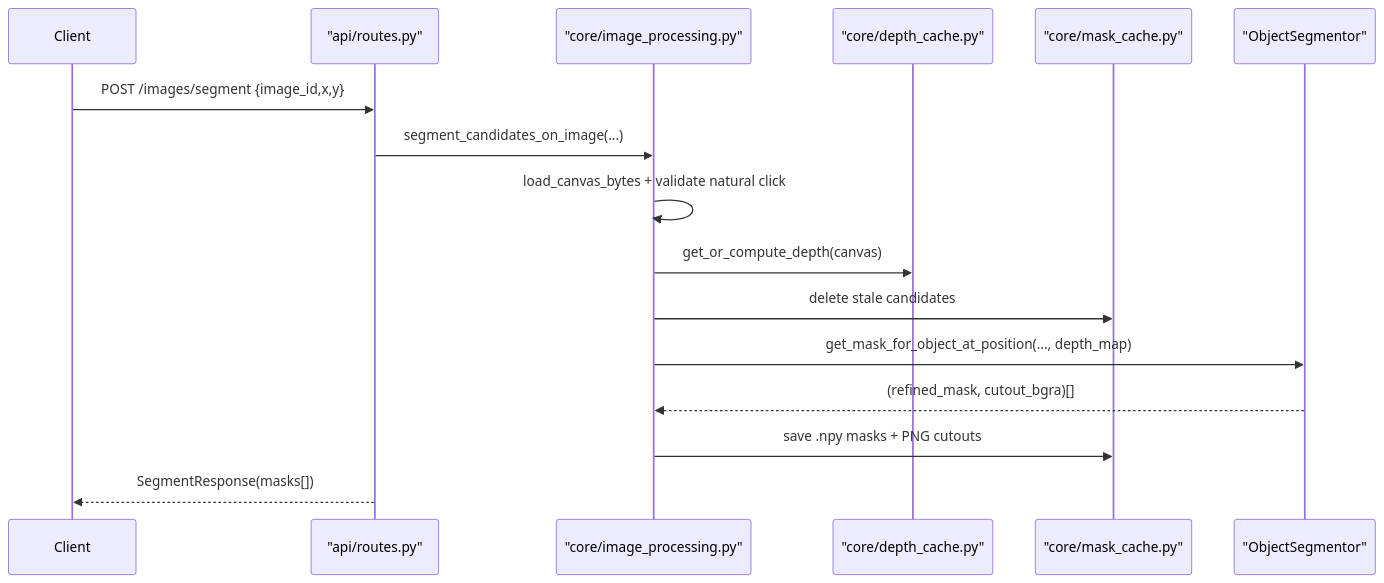
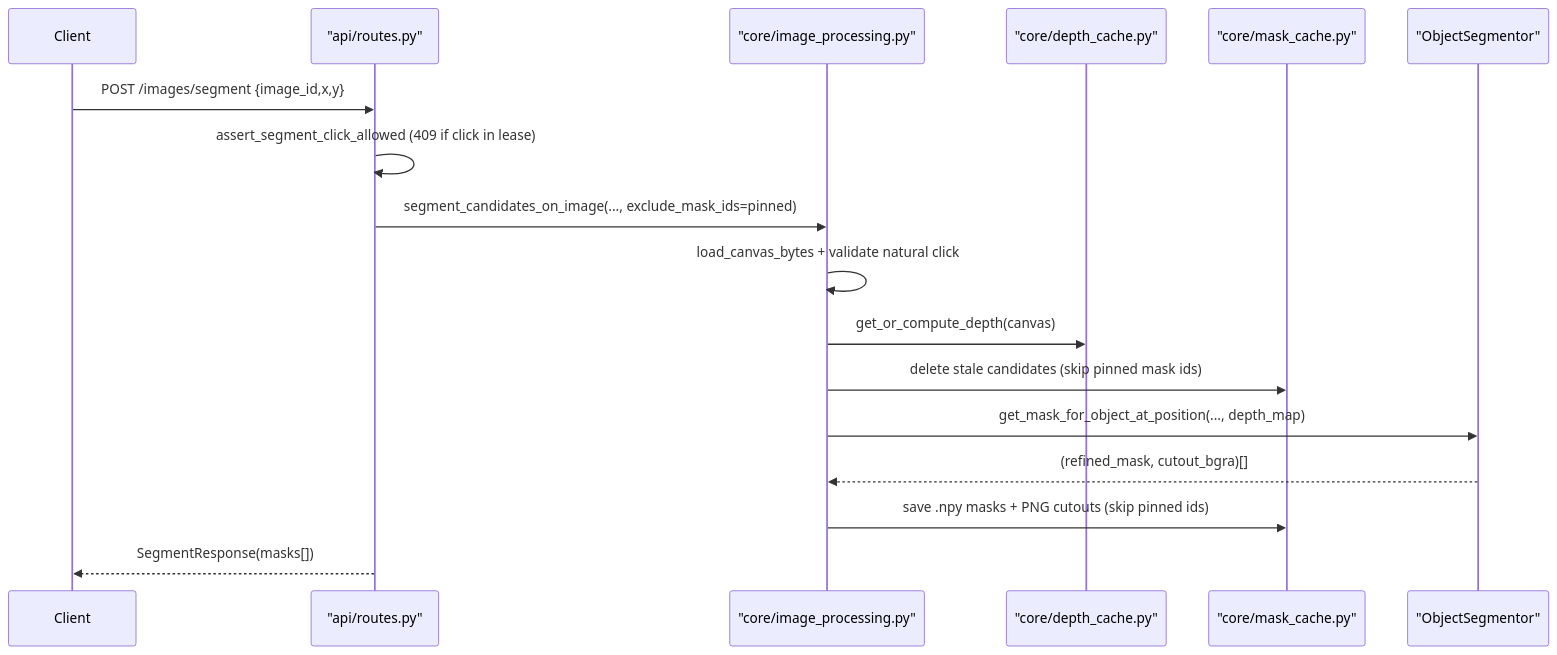
The second of 4 diagrams in docs/backend/data-flow.md (1mache/avroom), drawn with Mermaid before and after one commit. The commit also changed other lines of this file and 19 other files, not shown here.

````diff
--- a/docs/backend/data-flow.md
+++ b/docs/backend/data-flow.md
@@ -22,19 +22,20 @@
 ```mermaid
 sequenceDiagram
     participant Client
     participant Router as "api/routes.py"
     participant Core as "core/image_processing.py"
     participant Depth as "core/depth_cache.py"
     participant Cache as "core/mask_cache.py"
     participant AI as "ObjectSegmentor"
 
     Client->>Router: POST /images/segment {image_id,x,y}
-    Router->>Core: segment_candidates_on_image(...)
+    Router->>Router: assert_segment_click_allowed (409 if click in lease)
+    Router->>Core: segment_candidates_on_image(..., exclude_mask_ids=pinned)
     Core->>Core: load_canvas_bytes + validate natural click
     Core->>Depth: get_or_compute_depth(canvas)
-    Core->>Cache: delete stale candidates
+    Core->>Cache: delete stale candidates (skip pinned mask ids)
     Core->>AI: get_mask_for_object_at_position(..., depth_map)
     AI-->>Core: (refined_mask, cutout_bgra)[]
-    Core->>Cache: save .npy masks + PNG cutouts
+    Core->>Cache: save .npy masks + PNG cutouts (skip pinned ids)
     Router-->>Client: SegmentResponse(masks[])
 ```
````
